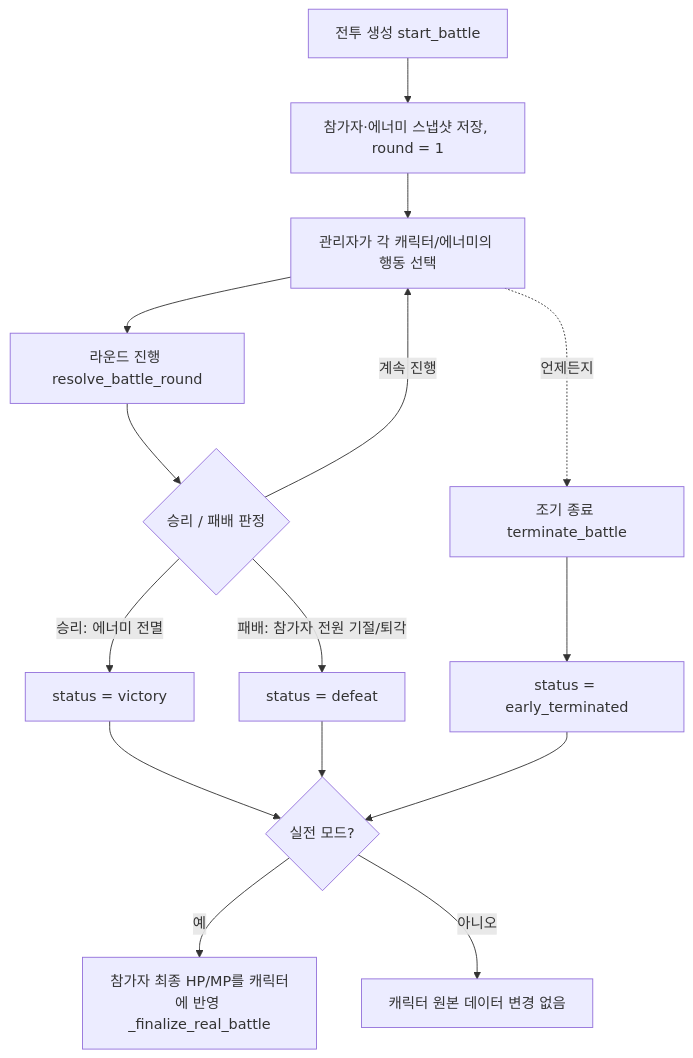
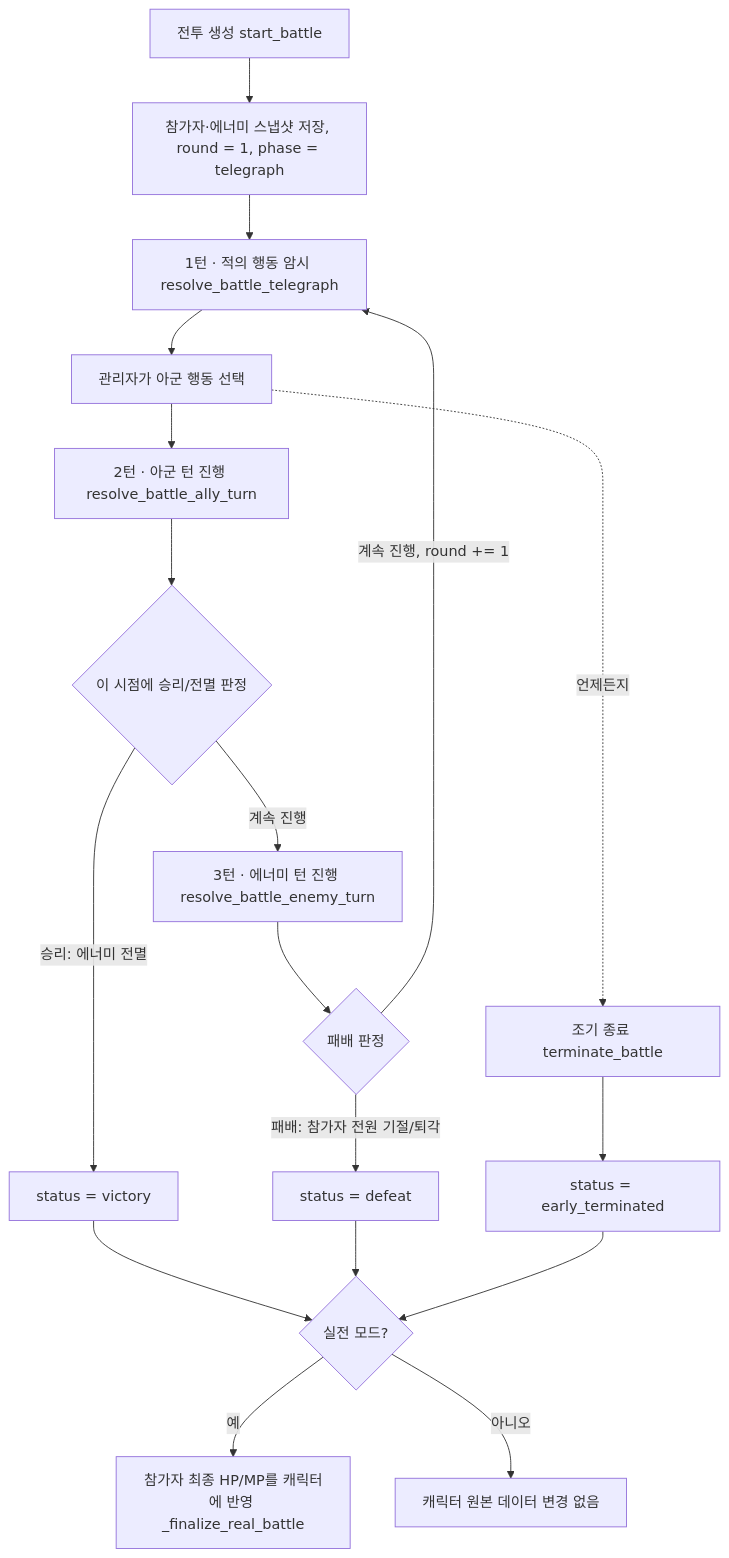
Before and after one commit to bimppap/dragon-song: the diagram in docs/battle_flow.md, drawn with Mermaid. The commit also changed other lines of this file and 10 other files, not shown here.

````diff
--- a/docs/battle_flow.md
+++ b/docs/battle_flow.md
@@ -19,17 +20,20 @@
 ```mermaid
 flowchart TD
-    A[전투 생성 start_battle] --> B[참가자·에너미 스냅샷 저장, round = 1]
-    B --> C[관리자가 각 캐릭터/에너미의 행동 선택]
-    C --> D[라운드 진행 resolve_battle_round]
-    D --> E{승리 / 패배 판정}
-    E -- 계속 진행 --> C
-    E -- 승리: 에너미 전멸 --> F[status = victory]
-    E -- 패배: 참가자 전원 기절/퇴각 --> G[status = defeat]
+    A[전투 생성 start_battle] --> B[참가자·에너미 스냅샷 저장, round = 1, phase = telegraph]
+    B --> T[1턴 · 적의 행동 암시 resolve_battle_telegraph]
+    T --> C[관리자가 아군 행동 선택]
+    C --> D[2턴 · 아군 턴 진행 resolve_battle_ally_turn]
+    D --> E{이 시점에 승리/전멸 판정}
+    E -- 계속 진행 --> F[3턴 · 에너미 턴 진행 resolve_battle_enemy_turn]
+    F --> G{패배 판정}
+    G -- 계속 진행, round += 1 --> T
+    E -- 승리: 에너미 전멸 --> V[status = victory]
+    G -- 패배: 참가자 전원 기절/퇴각 --> W[status = defeat]
     C -.언제든지.-> H[조기 종료 terminate_battle]
     H --> I[status = early_terminated]
-    F --> J{실전 모드?}
-    G --> J
+    V --> J{실전 모드?}
+    W --> J
     I --> J
     J -- 예 --> K[참가자 최종 HP/MP를 캐릭터에 반영 _finalize_real_battle]
     J -- 아니오 --> L[캐릭터 원본 데이터 변경 없음]
 ```
````
